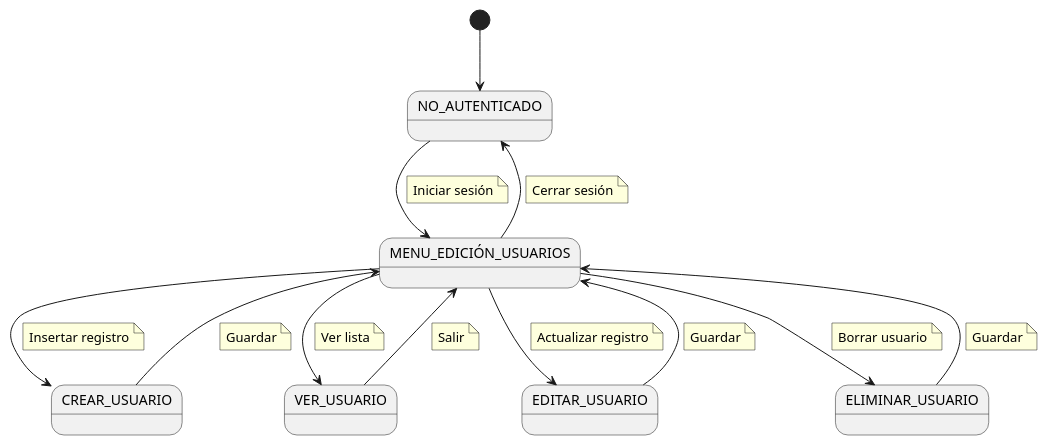
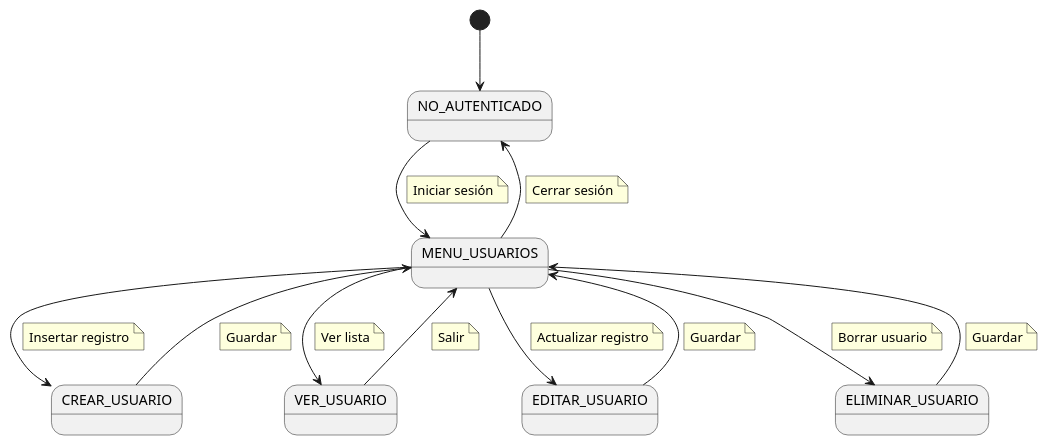
The diagram in casos_de_uso/diagramas_de_contexto/diagrama_contexto_seleccionador.puml (mmasias/24-25-IdSw1-SDR), drawn with PlantUML before and after one commit. The commit also changed 1 other file, not shown here.

Commit message:
diagrama de contexto administrador

```diff
--- a/casos_de_uso/diagramas_de_contexto/diagrama_contexto_seleccionador.puml
+++ b/casos_de_uso/diagramas_de_contexto/diagrama_contexto_seleccionador.puml
@@ -1,63 +1,63 @@
 @startuml
 
 state "NO_AUTENTICADO" as NoAuth
-state "MENU_EDICIÓN_USUARIOS" as Menu
+state "MENU_USUARIOS" as Menu
 state "CREAR_USUARIO" as Crear_usuario
 state "VER_USUARIO" as Ver_usuario
 state "EDITAR_USUARIO" as Editar_usuario
 state "ELIMINAR_USUARIO" as Eliminar_usuario
 
 [*] --> NoAuth
 
 NoAuth --> Menu
     note on link
         Iniciar sesión
     end note
 
 Menu --> NoAuth
     note on link
         Cerrar sesión
     end note
 
 Menu --> Crear_usuario
     note on link
         Insertar registro
     end note
 
 Crear_usuario --> Menu
     note on link
         Guardar
     end note
 
 Menu --> Editar_usuario
     note on link
         Actualizar registro
     end note
 
 Editar_usuario --> Menu
     note on link
         Guardar
     end note
 
 Menu --> Ver_usuario
     note on link
         Ver lista
     end note
 
 Ver_usuario --> Menu
     note on link
         Salir
     end note
 
 Menu --> Eliminar_usuario
     note on link
         Borrar usuario
     end note
 
 Eliminar_usuario --> Menu
     note on link
         Guardar
     end note
 
 
 @enduml
```
